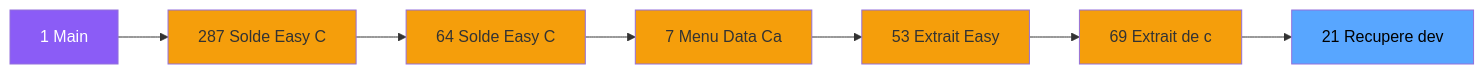
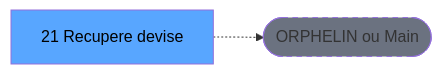
Before and after one commit to thonyAGP/lecteur-magic: the second of 3 diagrams in .openspec/specs/ADH-IDE-21.md, drawn with Mermaid. The commit also changed other lines of this file and 701 other files, not shown here.

````diff
--- a/.openspec/specs/ADH-IDE-21.md
+++ b/.openspec/specs/ADH-IDE-21.md
@@ -105,23 +117,8 @@
 ```mermaid
 graph LR
-    M[1 Main]
-    N287[287 Solde Easy C]
-    N64[64 Solde Easy C]
-    N7[7 Menu Data Ca]
-    N53[53 Extrait Easy]
-    N69[69 Extrait de c]
-    T[21 Recupere dev]
-    M --> N287
-    N287 --> N64
-    N64 --> N7
-    N7 --> N53
-    N53 --> N69
-    N69 --> T
-    style M fill:#8b5cf6,color:#fff
-    style N287 fill:#f59e0b
-    style N64 fill:#f59e0b
-    style N7 fill:#f59e0b
-    style N53 fill:#f59e0b
-    style N69 fill:#f59e0b
+    T[21 Recupere devise]
+    ORPHAN([ORPHELIN ou Main])
+    T -.-> ORPHAN
     style T fill:#58a6ff,color:#000
+    style ORPHAN fill:#6b7280,stroke-dasharray: 5 5
 ```
````
